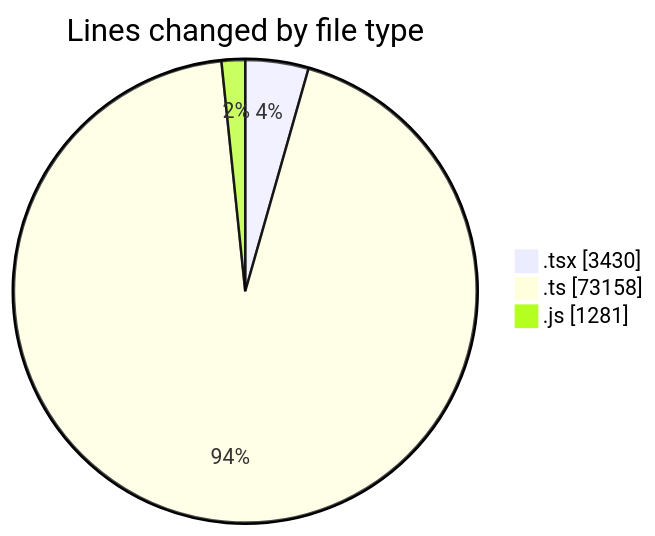
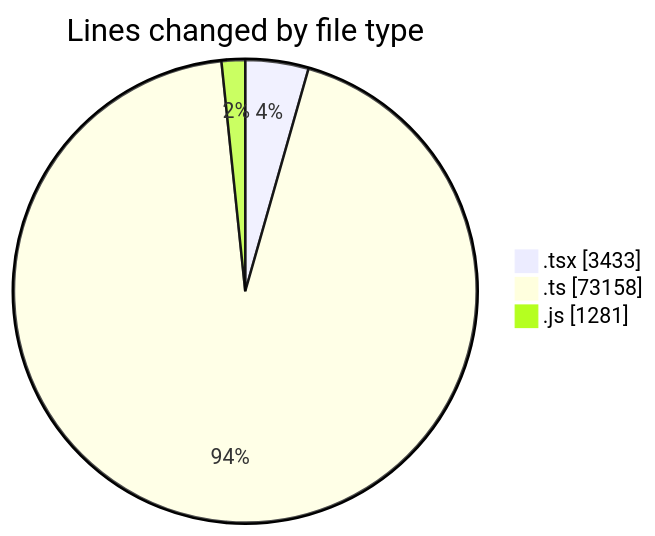
Before and after one commit to momahboobian/code-tracking: the first of 2 diagrams in 2026-11-09/cda/README.md, drawn with Mermaid. The commit also changed other lines of this file and 1 other file, not shown here.

````diff
--- a/2026-11-09/cda/README.md
+++ b/2026-11-09/cda/README.md
@@ -54,7 +54,7 @@
 ```mermaid
 pie showData
 title Lines changed by file type
-".tsx" : 3430
+".tsx" : 3433
 ".ts" : 73158
 ".js" : 1281
 ```
````
